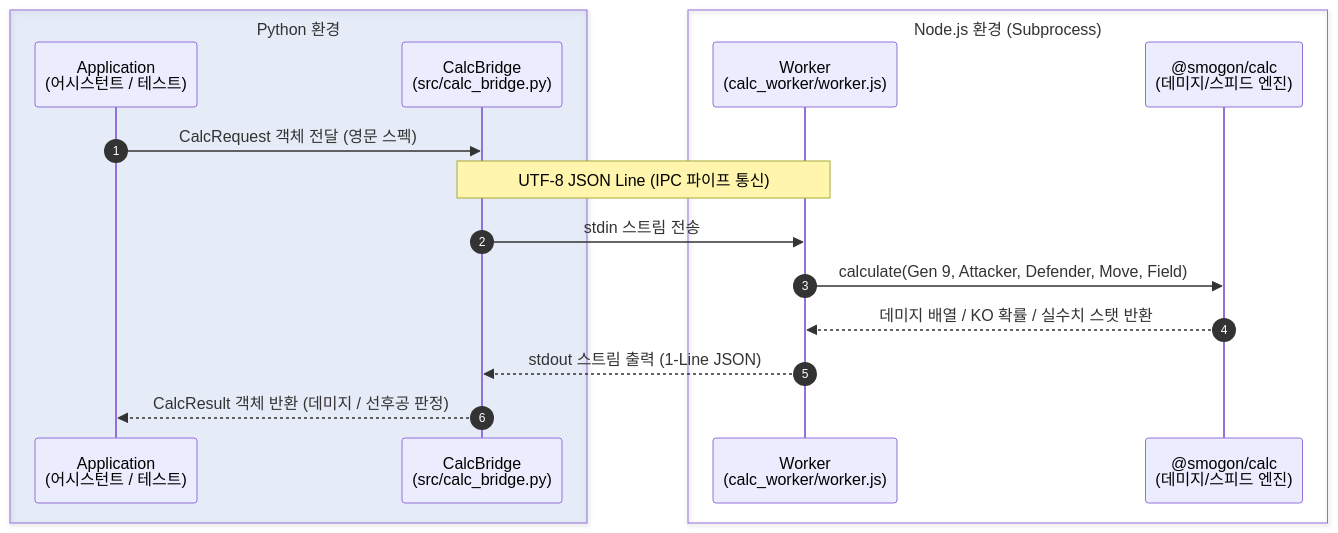
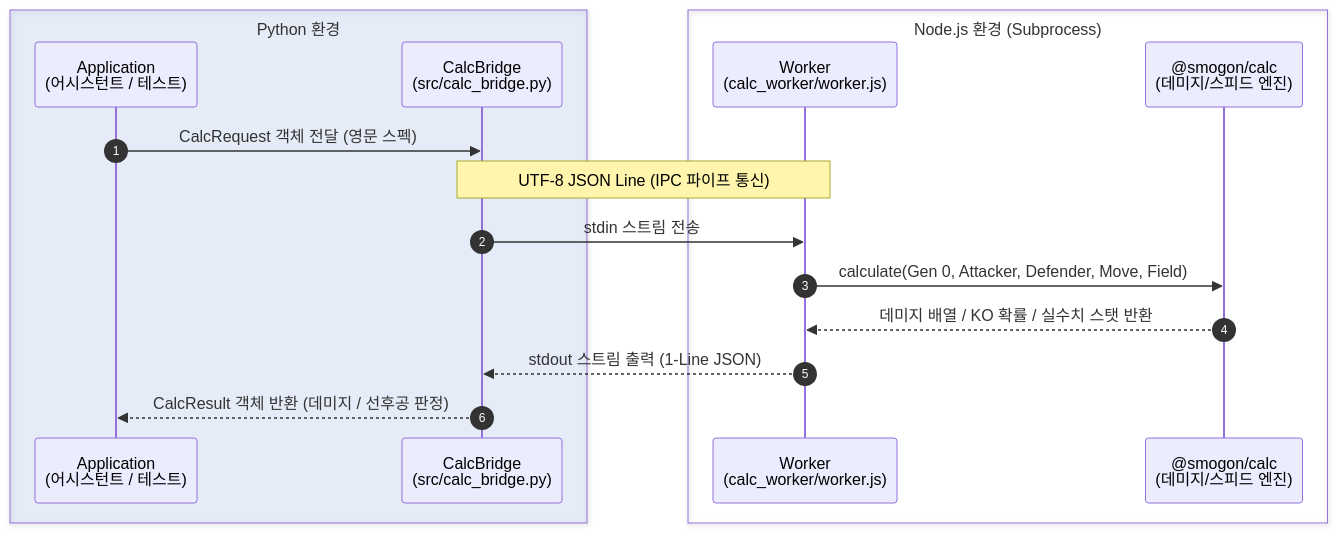
Before and after one commit to LGJ0405/pochamps-assistant: the diagram in docs/STEP1_GUIDE.md, drawn with Mermaid. The commit also changed other lines of this file and 10 other files, not shown here.

````diff
--- a/docs/STEP1_GUIDE.md
+++ b/docs/STEP1_GUIDE.md
@@ -63,23 +63,23 @@
 ```mermaid
 sequenceDiagram
     autonumber
     box rgba(59, 130, 246, 0.1) Python 환경
         participant A as Application<br/>(어시스턴트 / 테스트)
         %% participant DATA as Data Layer<br/>(ko_to_en / 샘플)
         participant B as CalcBridge<br/>(src/calc_bridge.py)
     end
     box Node.js 환경 (Subprocess)
         participant C as Worker<br/>(calc_worker/worker.js)
         participant D as @smogon/calc<br/>(데미지/스피드 엔진)
     end
 
     %% A->>DATA: 한국어 배틀 정보 조회 (포켓몬·기술·도구)
     %% DATA-->>A: 영문 규격 매핑 및 샘플 반환
     A->>B: CalcRequest 객체 전달 (영문 스펙)
     Note over B,C: UTF-8 JSON Line (IPC 파이프 통신)
     B->>C: stdin 스트림 전송
-    C->>D: calculate(Gen 9, Attacker, Defender, Move, Field)
+    C->>D: calculate(Gen 0, Attacker, Defender, Move, Field)
     D-->>C: 데미지 배열 / KO 확률 / 실수치 스탯 반환
     C-->>B: stdout 스트림 출력 (1-Line JSON)
     B-->>A: CalcResult 객체 반환 (데미지 / 선후공 판정)
 ```
````
